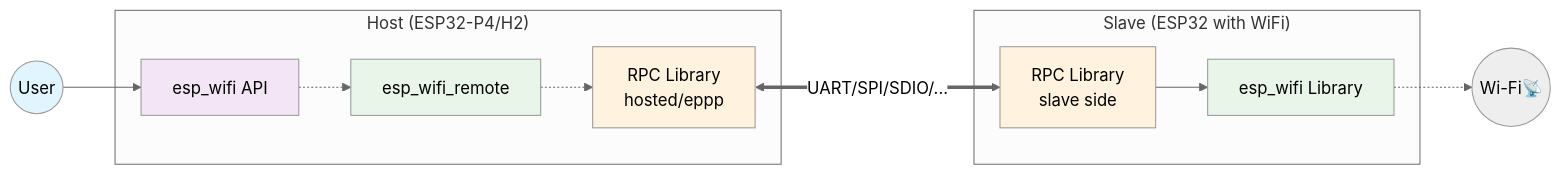
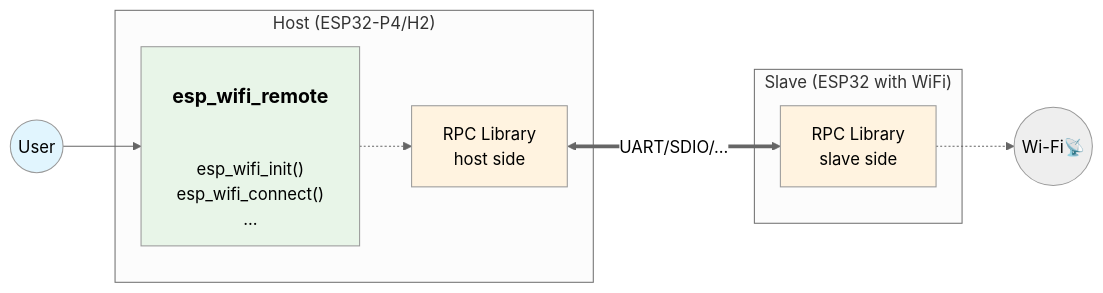
Before and after one commit to espressif/developer-portal: the second of 4 diagrams in content/blog/2025/08/esp-wifi-remote/index.md, drawn with Mermaid (neutral theme). The commit also changed other lines of this file, not shown here.

````diff
--- a/content/blog/2025/08/esp-wifi-remote/index.md
+++ b/content/blog/2025/08/esp-wifi-remote/index.md
@@ -53,26 +56,22 @@
 ```mermaid
 graph LR
-    U((User)) --> API[esp_wifi API]
+    U((User)) --> REMOTE["<h3>esp_wifi_remote</h3><br/>esp_wifi_init()<br/>esp_wifi_connect()<br/>..."]
 
     subgraph "Host (ESP32-P4/H2)"
-        API -.-> REMOTE[esp_wifi_remote]
-        REMOTE -.-> RPC[RPC Library<br/>hosted/eppp]
+        REMOTE -.-> RPC[RPC Library<br/>host side]
     end
 
 
     subgraph "Slave (ESP32 with WiFi)"
-        RPC <==UART/SPI/SDIO/...==> SLAVE_RPC
-        SLAVE_RPC[RPC Library<br/>slave side] --> SLAVE_WIFI[esp_wifi Library]
+        RPC <==UART/SDIO/...==> SLAVE_RPC
     end
 
+    SLAVE_RPC[RPC Library<br/>slave side] -.-> ANT
     ANT((Wi-Fi📡))
 
-    SLAVE_WIFI -.-> ANT
 
     style U fill:#e1f5fe
-    style API fill:#f3e5f5
     style REMOTE fill:#e8f5e8
     style RPC fill:#fff3e0
     style SLAVE_RPC fill:#fff3e0
-    style SLAVE_WIFI fill:#e8f5e8
 ```
````
